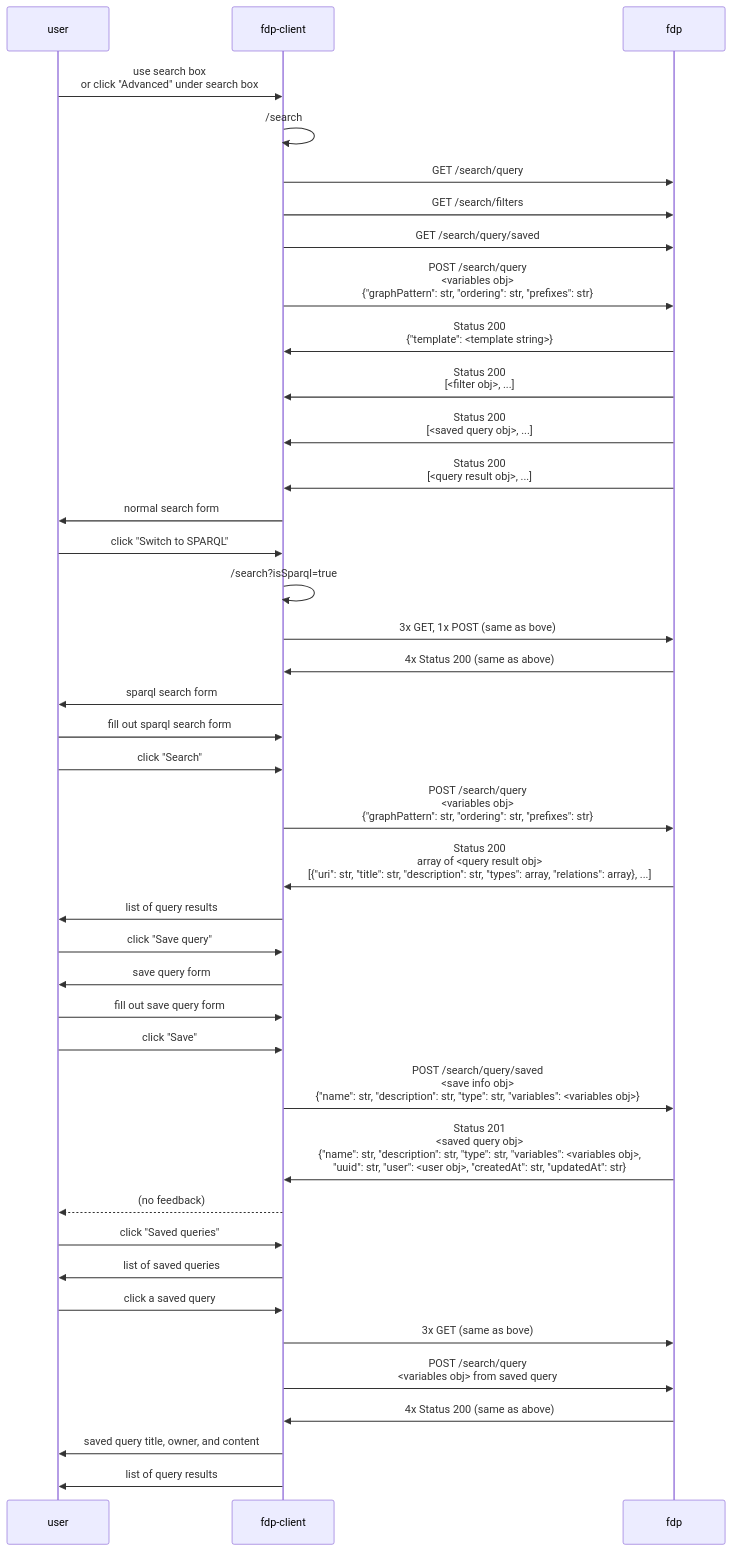
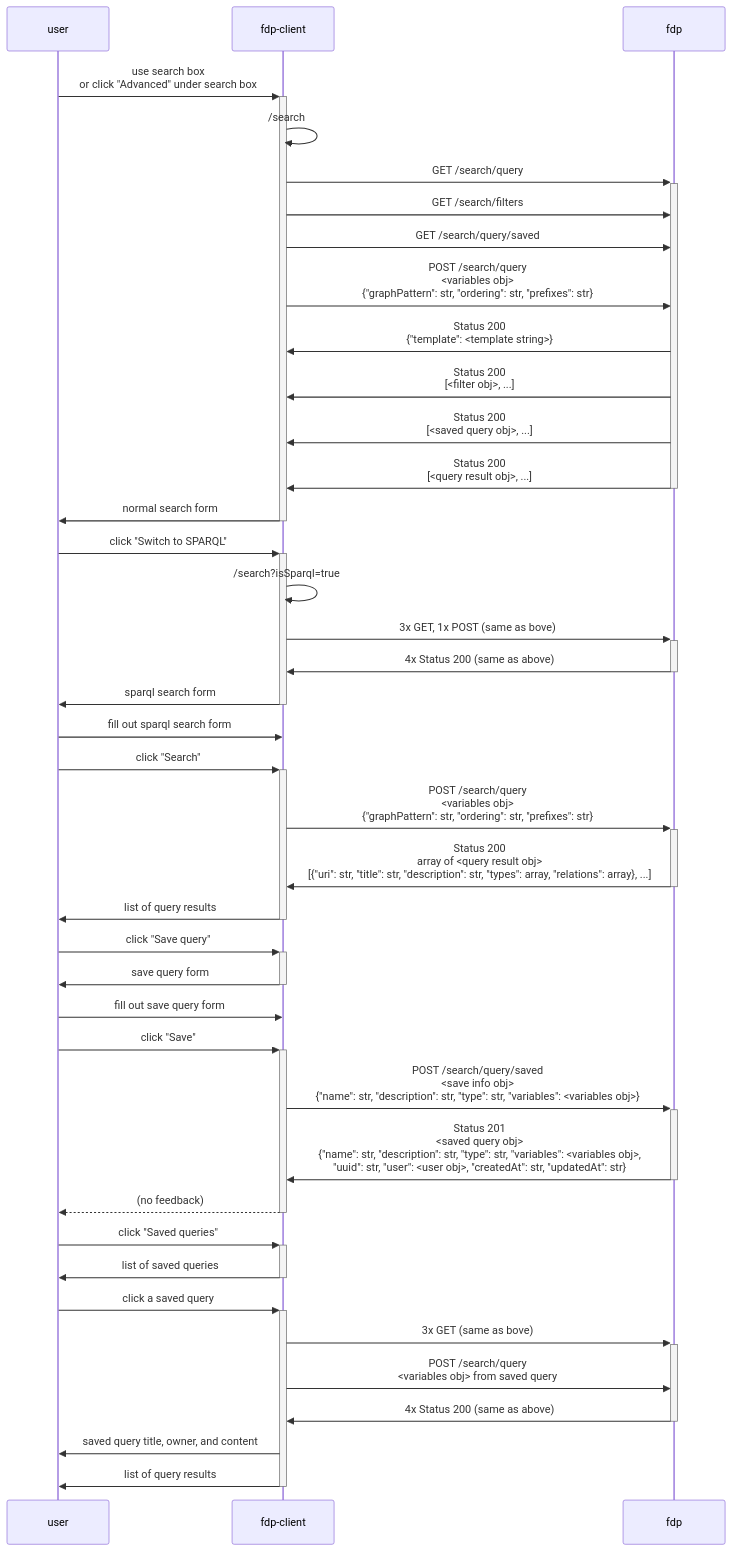
Before and after one commit to FAIRDataTeam/FAIRDataPoint: the diagram in docs/diagrams/sequence-save-query.mermaid, drawn with Mermaid.

Commit message:
add activations to sequence diagram

```diff
--- a/docs/diagrams/sequence-save-query.mermaid
+++ b/docs/diagrams/sequence-save-query.mermaid
@@ -1,47 +1,47 @@
 %% restricted sparql query execution and saving in fdp v1.18.x
 sequenceDiagram
 %% simple search or switch to advanced search
-    user ->> fdp-client: use search box <br> or click "Advanced" under search box
+    user ->>+ fdp-client: use search box <br> or click "Advanced" under search box
     fdp-client ->> fdp-client: /search
-    fdp-client ->> fdp: GET /search/query
+    fdp-client ->>+ fdp: GET /search/query
     fdp-client ->> fdp: GET /search/filters
     fdp-client ->> fdp: GET /search/query/saved
     fdp-client ->> fdp: POST /search/query <br> <variables obj> <br> {"graphPattern": str, "ordering": str, "prefixes": str}
     fdp ->> fdp-client: Status 200 <br> {"template": <template string>}
     fdp ->> fdp-client: Status 200 <br> [<filter obj>, ...]
     fdp ->> fdp-client: Status 200 <br> [<saved query obj>, ...]
-    fdp ->> fdp-client: Status 200 <br> [<query result obj>, ...]
-    fdp-client ->> user: normal search form
+    fdp ->>- fdp-client: Status 200 <br> [<query result obj>, ...]
+    fdp-client ->>- user: normal search form
 
 %% switch to sparql search
-    user ->> fdp-client: click "Switch to SPARQL"
+    user ->>+ fdp-client: click "Switch to SPARQL"
     fdp-client ->> fdp-client: /search?isSparql=true
-    fdp-client ->> fdp: 3x GET, 1x POST (same as bove)
-    fdp ->> fdp-client: 4x Status 200 (same as above)
-    fdp-client ->> user: sparql search form
+    fdp-client ->>+ fdp: 3x GET, 1x POST (same as bove)
+    fdp ->>- fdp-client: 4x Status 200 (same as above)
+    fdp-client ->>- user: sparql search form
 
 %% perform sparql search
     user ->> fdp-client: fill out sparql search form
-    user ->> fdp-client: click "Search"
-    fdp-client ->> fdp: POST /search/query <br> <variables obj> <br> {"graphPattern": str, "ordering": str, "prefixes": str}
-    fdp ->> fdp-client: Status 200 <br> array of <query result obj> <br> [{"uri": str, "title": str, "description": str, "types": array, "relations": array}, ...]
-    fdp-client ->> user: list of query results
+    user ->>+ fdp-client: click "Search"
+    fdp-client ->>+ fdp: POST /search/query <br> <variables obj> <br> {"graphPattern": str, "ordering": str, "prefixes": str}
+    fdp ->>- fdp-client: Status 200 <br> array of <query result obj> <br> [{"uri": str, "title": str, "description": str, "types": array, "relations": array}, ...]
+    fdp-client ->>- user: list of query results
 
 %% save query
-    user ->> fdp-client: click "Save query"
-    fdp-client ->> user: save query form
+    user ->>+ fdp-client: click "Save query"
+    fdp-client ->>- user: save query form
     user ->> fdp-client: fill out save query form
-    user ->> fdp-client: click "Save"
-    fdp-client ->> fdp: POST /search/query/saved <br> <save info obj> <br> {"name": str, "description": str, "type": str, "variables": <variables obj>}
-    fdp ->> fdp-client: Status 201 <br> <saved query obj> <br> {"name": str, "description": str, "type": str, "variables": <variables obj>, <br> "uuid": str, "user": <user obj>, "createdAt": str, "updatedAt": str}
-    fdp-client -->> user: (no feedback)
+    user ->>+ fdp-client: click "Save"
+    fdp-client ->>+ fdp: POST /search/query/saved <br> <save info obj> <br> {"name": str, "description": str, "type": str, "variables": <variables obj>}
+    fdp ->>- fdp-client: Status 201 <br> <saved query obj> <br> {"name": str, "description": str, "type": str, "variables": <variables obj>, <br> "uuid": str, "user": <user obj>, "createdAt": str, "updatedAt": str}
+    fdp-client -->>- user: (no feedback)
 
 %% load query
-    user ->> fdp-client: click "Saved queries"
-    fdp-client ->> user: list of saved queries
-    user ->> fdp-client: click a saved query
-    fdp-client ->> fdp: 3x GET (same as bove)
+    user ->>+ fdp-client: click "Saved queries"
+    fdp-client ->>- user: list of saved queries
+    user ->>+ fdp-client: click a saved query
+    fdp-client ->>+ fdp: 3x GET (same as bove)
     fdp-client ->> fdp: POST /search/query <br> <variables obj> from saved query
-    fdp ->> fdp-client: 4x Status 200 (same as above)
+    fdp ->>- fdp-client: 4x Status 200 (same as above)
     fdp-client ->> user: saved query title, owner, and content
-    fdp-client ->> user: list of query results
+    fdp-client ->>- user: list of query results
```
